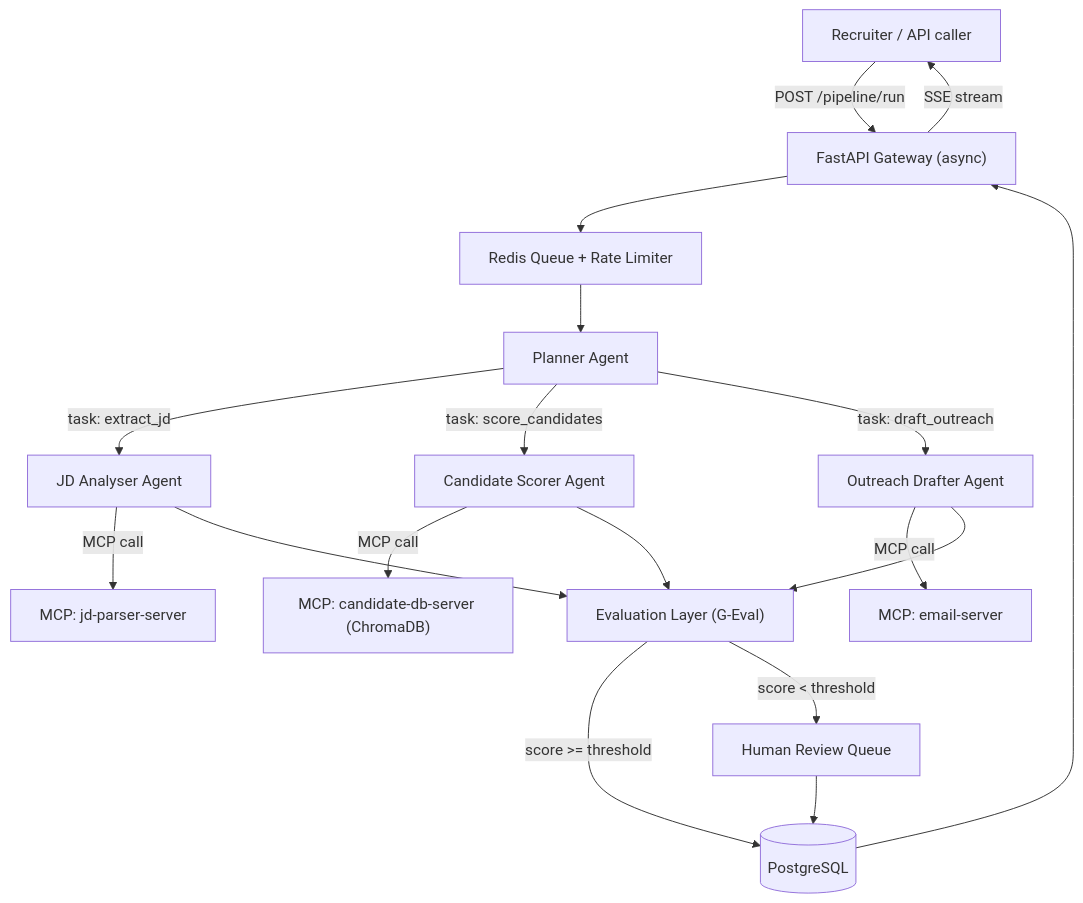
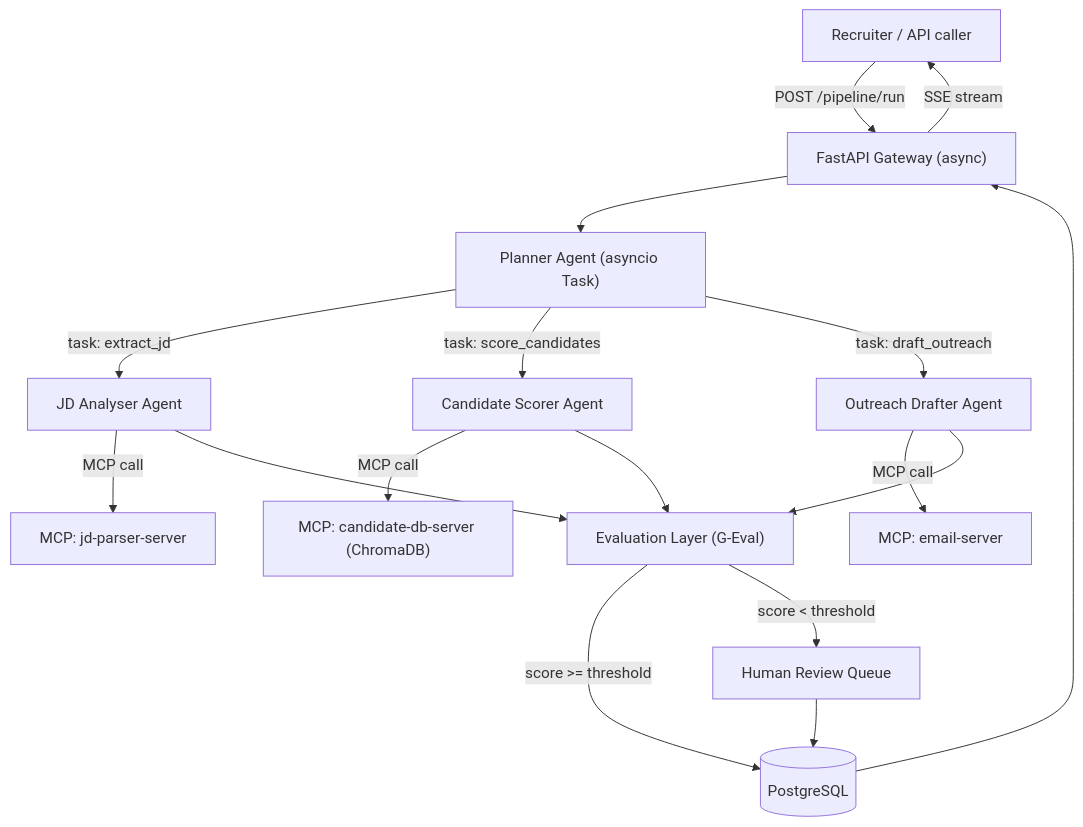
The diagram in README.md (gitdb-rohan/Multi-Agent-Hiring-Pipeline), drawn with Mermaid before and after one commit. The commit also changed other lines of this file and 24 other files, not shown here.

````diff
--- a/README.md
+++ b/README.md
@@ -45,25 +45,24 @@
 ```mermaid
 flowchart TB
     U["Recruiter / API caller"] -->|"POST /pipeline/run"| API["FastAPI Gateway (async)"]
-    API --> Q["Redis Queue + Rate Limiter"]
-    Q --> PLN["Planner Agent"]
+    API --> PLN["Planner Agent (asyncio Task)"]
 
     PLN -->|"task: extract_jd"| JDA["JD Analyser Agent"]
     PLN -->|"task: score_candidates"| CSA["Candidate Scorer Agent"]
     PLN -->|"task: draft_outreach"| ODA["Outreach Drafter Agent"]
 
     JDA -->|"MCP call"| MCP1["MCP: jd-parser-server"]
     CSA -->|"MCP call"| MCP2["MCP: candidate-db-server (ChromaDB)"]
     ODA -->|"MCP call"| MCP3["MCP: email-server"]
 
     JDA --> EVAL["Evaluation Layer (G-Eval)"]
     CSA --> EVAL
     ODA --> EVAL
 
     EVAL -->|"score >= threshold"| DB[("PostgreSQL")]
     EVAL -->|"score < threshold"| HR["Human Review Queue"]
     HR --> DB
 
     DB --> API
     API -->|"SSE stream"| U
 ```
````
